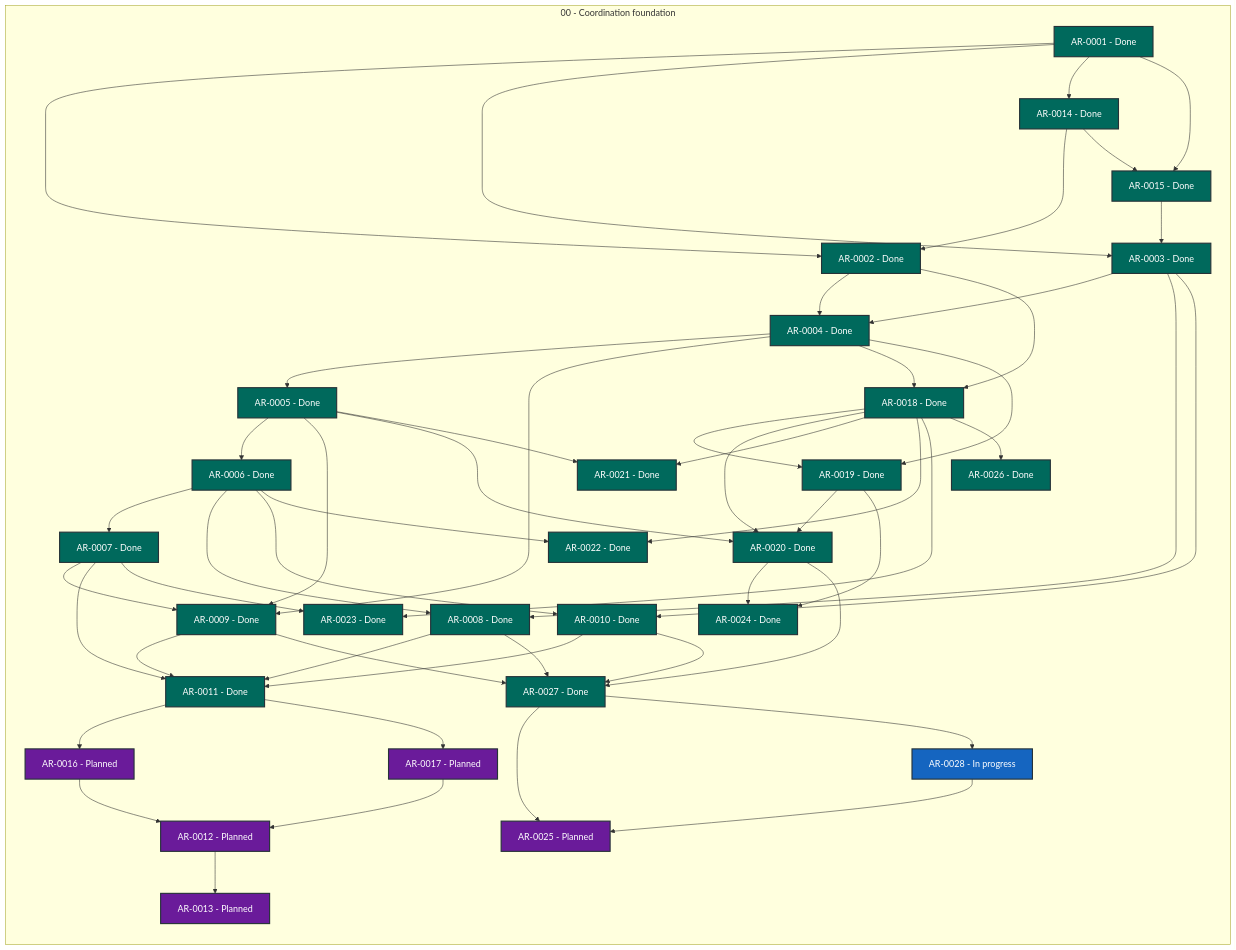
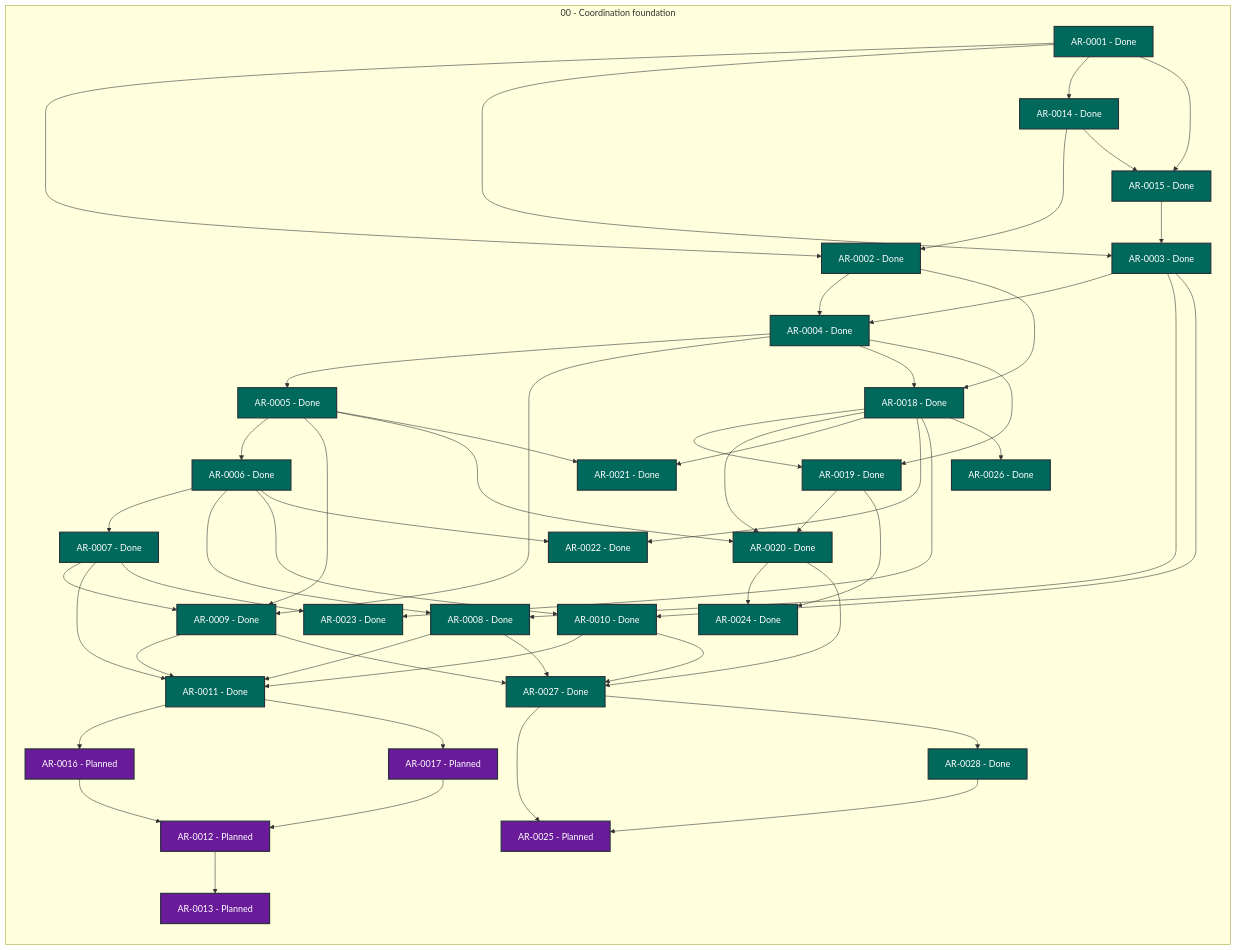
One commit to martin-beck/agent-workflow-tui-state changed the diagram in STATUS.md. Above: the diagram before and after it, drawn with Mermaid. The commit also changed other lines of this file and 2 other files, not shown here.

```diff
--- a/STATUS.md
+++ b/STATUS.md
@@ -55,7 +55,7 @@
         AR_0025["AR-0025 - Planned"]:::status_planned
         AR_0026["AR-0026 - Done"]:::status_done
         AR_0027["AR-0027 - Done"]:::status_done
-        AR_0028["AR-0028 - In progress"]:::status_in_progress
+        AR_0028["AR-0028 - Done"]:::status_done
     end
     AR_0001 --> AR_0002
     AR_0001 --> AR_0003
```
